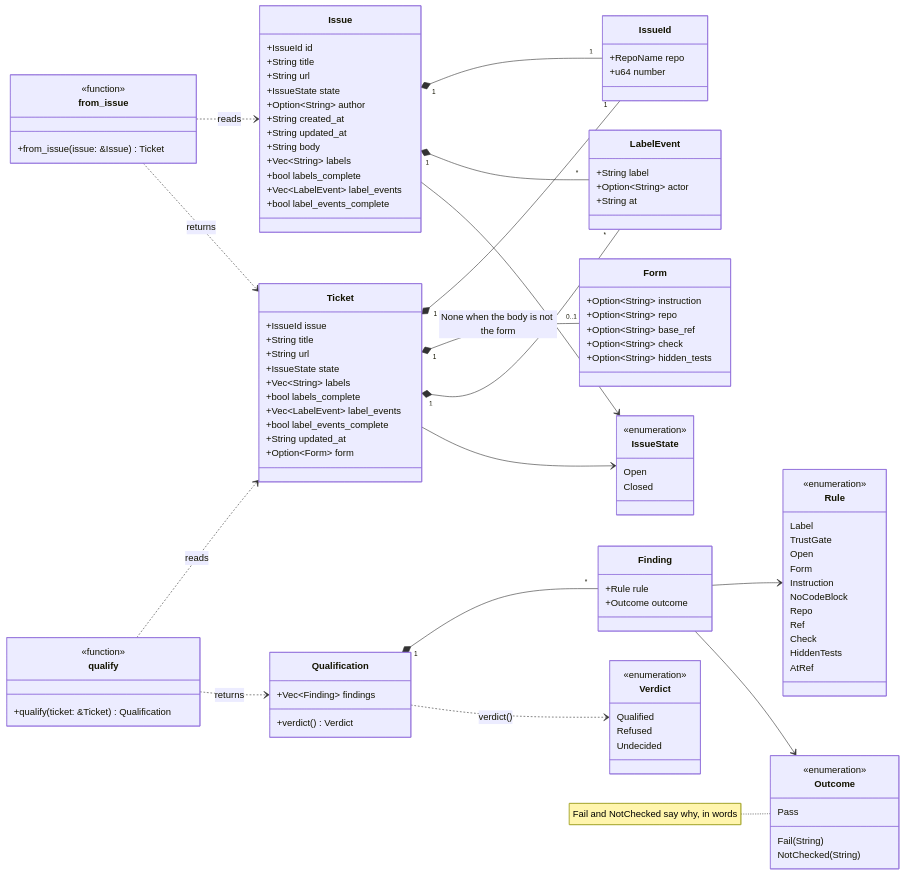
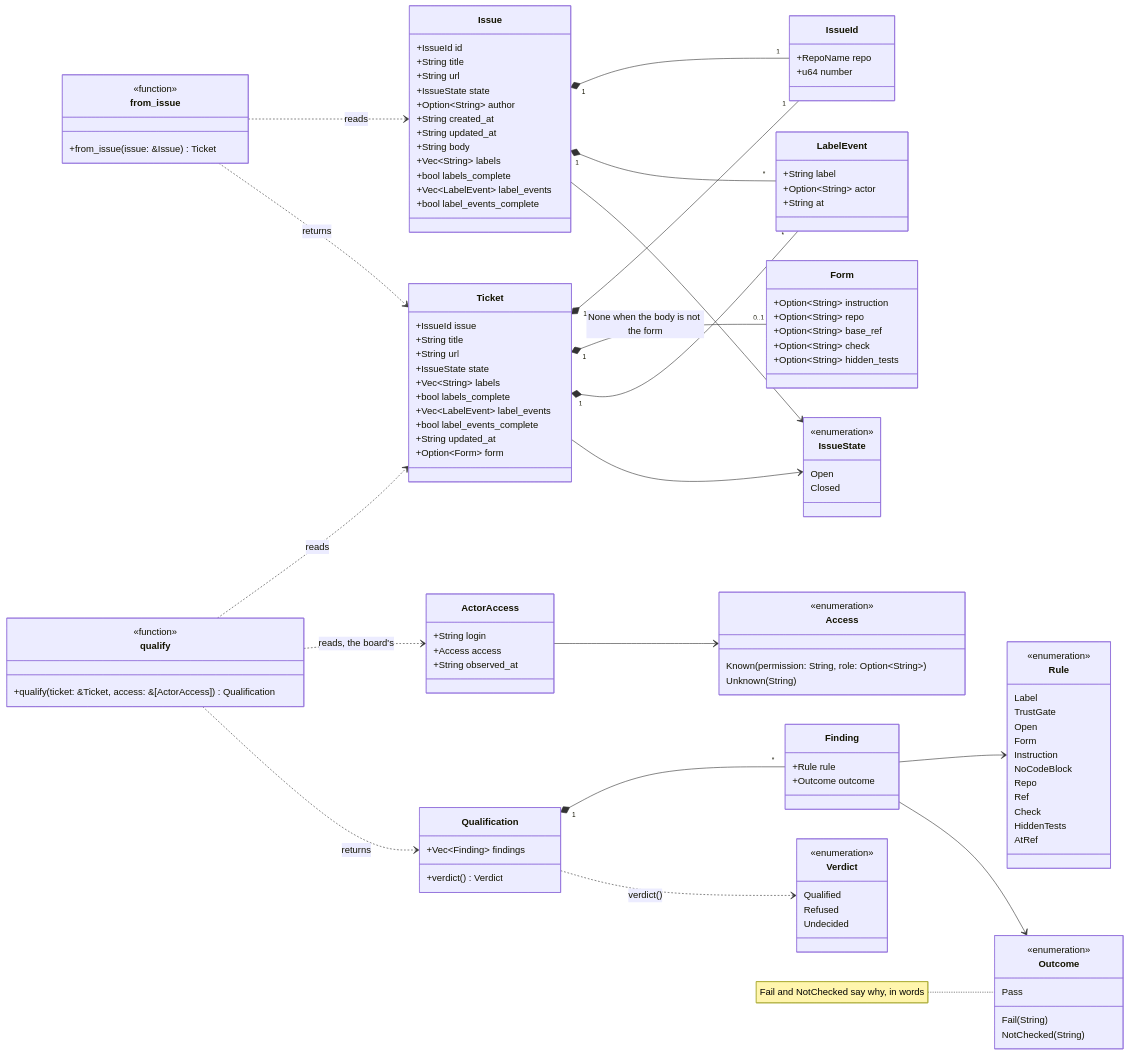
The first of 4 diagrams in docs/qualify.md (KombuseLabs/kai), drawn with Mermaid before and after one commit. The commit also changed other lines of this file and 6 other files, not shown here.

```diff
--- a/docs/qualify.md
+++ b/docs/qualify.md
@@ -68,7 +68,17 @@
 
     class qualify {
         <<function>>
-        +qualify(ticket: &Ticket) Qualification
+        +qualify(ticket: &Ticket, access: &[ActorAccess]) Qualification
+    }
+    class ActorAccess {
+        +String login
+        +Access access
+        +String observed_at
+    }
+    class Access {
+        <<enumeration>>
+        Known(permission: String, role: Option~String~)
+        Unknown(String)
     }
 
     class Qualification {
@@ -116,6 +126,8 @@
     Ticket "1" *-- "*" LabelEvent
     Ticket --> IssueState
     qualify ..> Ticket : reads
+    qualify ..> ActorAccess : reads, the board's
+    ActorAccess --> Access
     qualify ..> Qualification : returns
     Qualification "1" *-- "*" Finding
     Finding --> Rule
```
